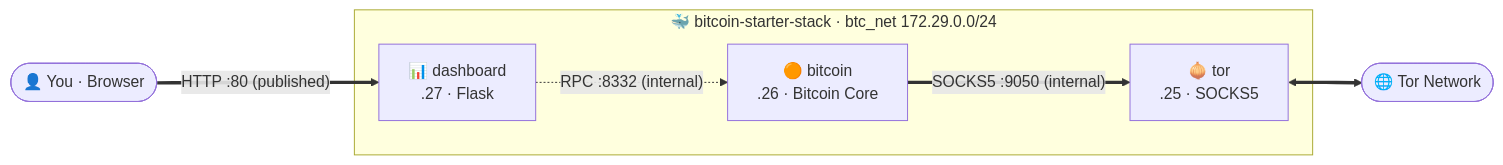
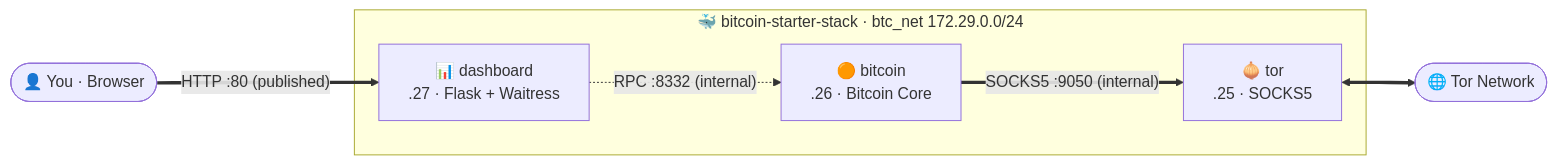
Before and after one commit to VijitSingh97/bitcoin-starter-stack: the diagram in docs/architecture.md, drawn with Mermaid. The commit also changed other lines of this file and 13 other files, not shown here.

First line of the commit message:
Refresh dependencies and serve the dashboard with Waitress (1.31.1) (#122)

````diff
--- a/docs/architecture.md
+++ b/docs/architecture.md
@@ -6,16 +6,16 @@
 ```mermaid
 flowchart LR
     You(["👤 You · Browser"])
     Net(["🌐 Tor Network"])
 
     subgraph stack ["🐳 bitcoin-starter-stack · btc_net 172.29.0.0/24"]
-        Dashboard["📊 dashboard<br/>.27 · Flask"]
+        Dashboard["📊 dashboard<br/>.27 · Flask + Waitress"]
         Bitcoin["🟠 bitcoin<br/>.26 · Bitcoin Core"]
         Tor["🧅 tor<br/>.25 · SOCKS5"]
     end
 
     You ==>|"HTTP :80 (published)"| Dashboard
     Dashboard -.->|"RPC :8332 (internal)"| Bitcoin
     Bitcoin ==>|"SOCKS5 :9050 (internal)"| Tor
     Tor <==> Net
 ```
````
